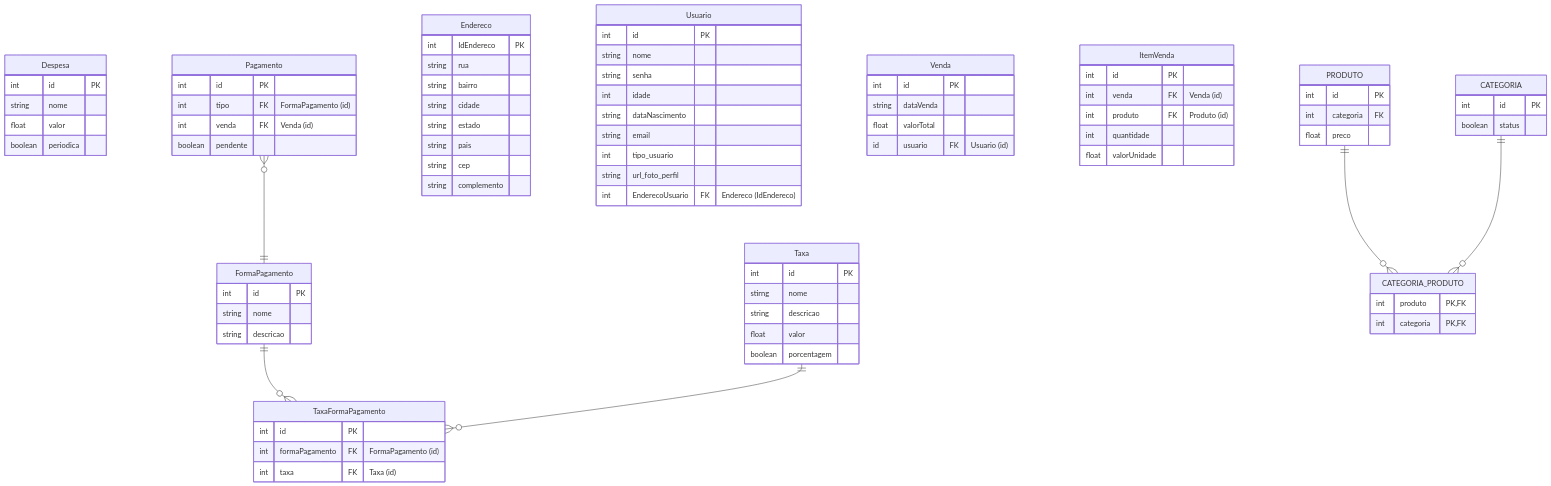
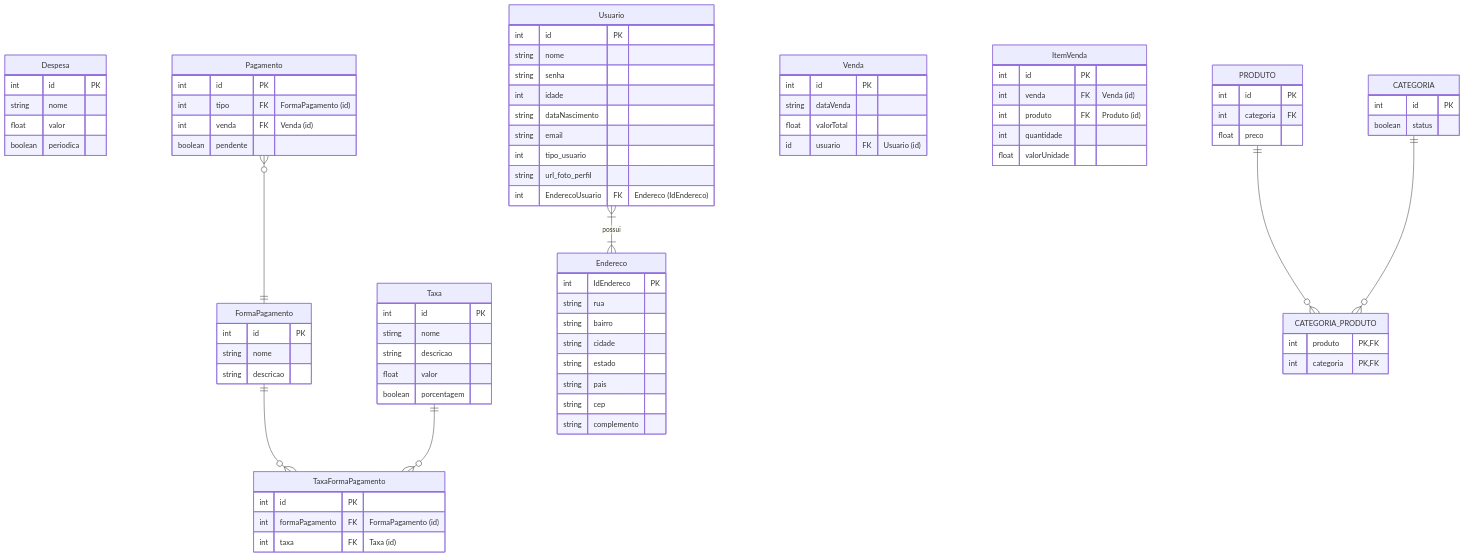
Before and after one commit to Control-Cash/controlcash: the diagram in docs/documento-de-modelos.md, drawn with Mermaid.

Commit message:
Adicionando a relação entre endereço e usuário #30

```diff
--- a/docs/documento-de-modelos.md
+++ b/docs/documento-de-modelos.md
@@ -82,7 +82,8 @@
   Pagamento }o--|| FormaPagamento : ""
   FormaPagamento ||--o{ TaxaFormaPagamento : ""
   Taxa ||--o{ TaxaFormaPagamento : ""
-
+  
+   Usuario |{--|{ Endereco : possui
 
 
   %% daqui até a linha com as três aspas são apenas exemplos, a pessoa que vai
```
